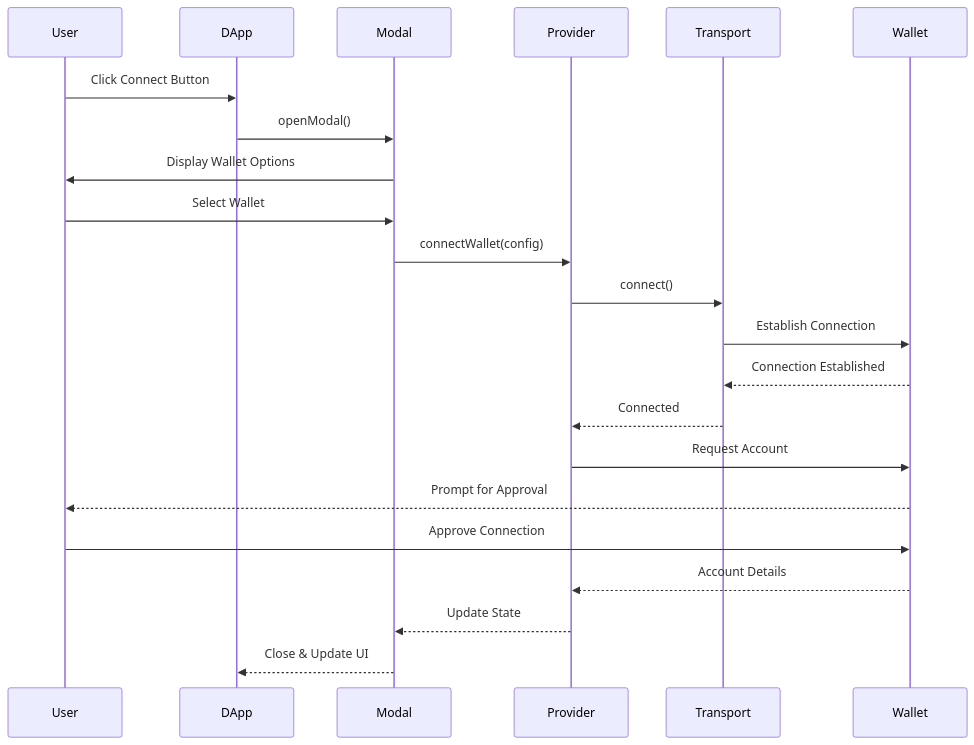
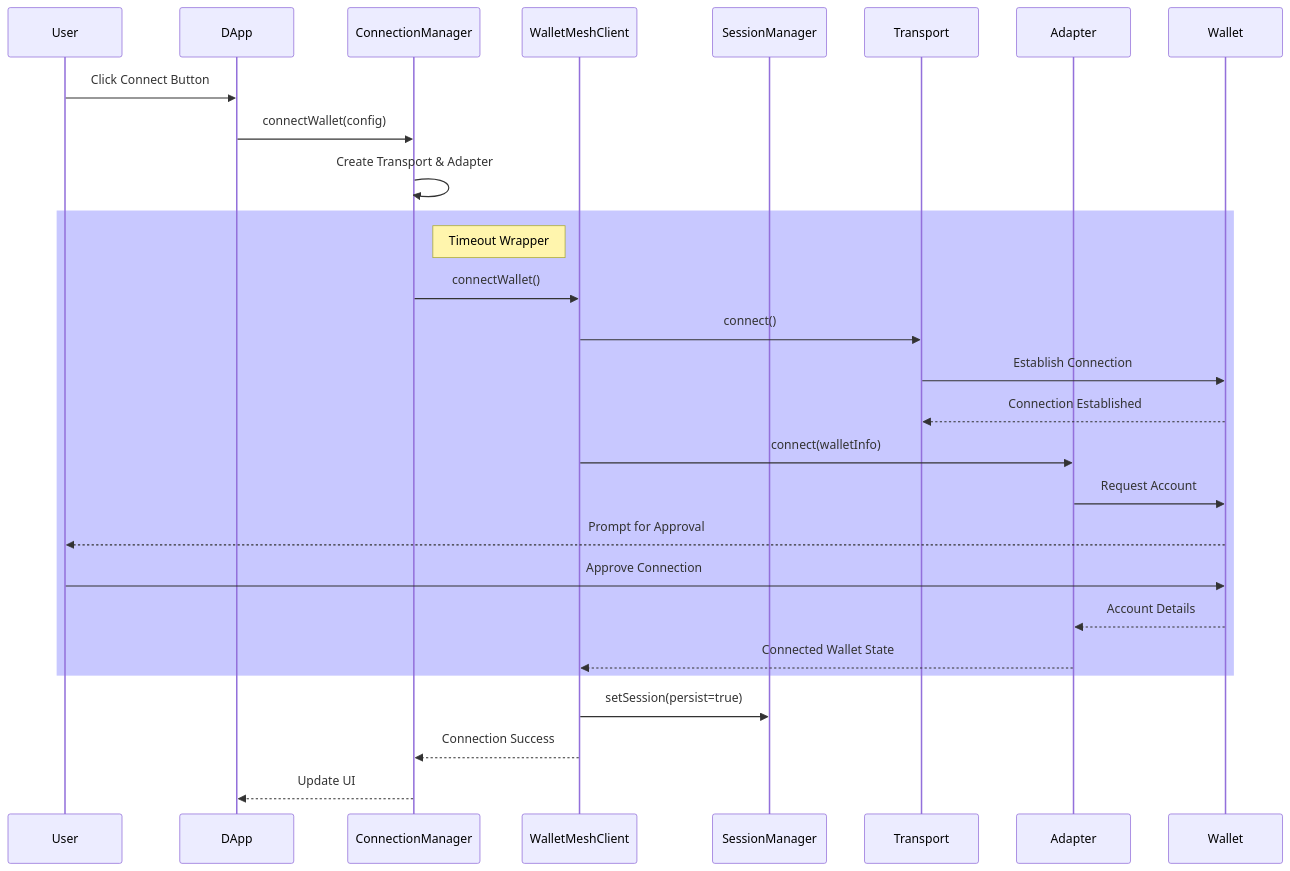
Before and after one commit to WalletMesh/walletmesh-packages: the first of 4 diagrams in core/modal/README.md, drawn with Mermaid. The commit also changed other lines of this file and 28 other files, not shown here.

Commit message:
fix(modal): Wallet session is resumed on page navigation or refresh

````diff
--- a/core/modal/README.md
+++ b/core/modal/README.md
@@ -42,25 +44,33 @@
 ```mermaid
 sequenceDiagram
     participant User
     participant DApp
-    participant Modal
-    participant Provider
+    participant ConnMgr as ConnectionManager
+    participant Client as WalletMeshClient
+    participant Session as SessionManager
     participant Transport
+    participant Adapter
     participant Wallet
 
     User->>DApp: Click Connect Button
-    DApp->>Modal: openModal()
-    Modal->>User: Display Wallet Options
-    User->>Modal: Select Wallet
-    Modal->>Provider: connectWallet(config)
-    Provider->>Transport: connect()
-    Transport->>Wallet: Establish Connection
-    Wallet-->>Transport: Connection Established
-    Transport-->>Provider: Connected
-    Provider->>Wallet: Request Account
-    Wallet-->>User: Prompt for Approval
-    User->>Wallet: Approve Connection
-    Wallet-->>Provider: Account Details
-    Provider-->>Modal: Update State
-    Modal-->>DApp: Close & Update UI
+    DApp->>ConnMgr: connectWallet(config)
+    ConnMgr->>ConnMgr: Create Transport & Adapter
+    
+    rect rgb(200, 200, 255)
+        note right of ConnMgr: Timeout Wrapper
+        ConnMgr->>Client: connectWallet()
+        Client->>Transport: connect()
+        Transport->>Wallet: Establish Connection
+        Wallet-->>Transport: Connection Established
+        Client->>Adapter: connect(walletInfo)
+        Adapter->>Wallet: Request Account
+        Wallet-->>User: Prompt for Approval
+        User->>Wallet: Approve Connection
+        Wallet-->>Adapter: Account Details
+        Adapter-->>Client: Connected Wallet State
+    end
+
+    Client->>Session: setSession(persist=true)
+    Client-->>ConnMgr: Connection Success
+    ConnMgr-->>DApp: Update UI
 ```
````
